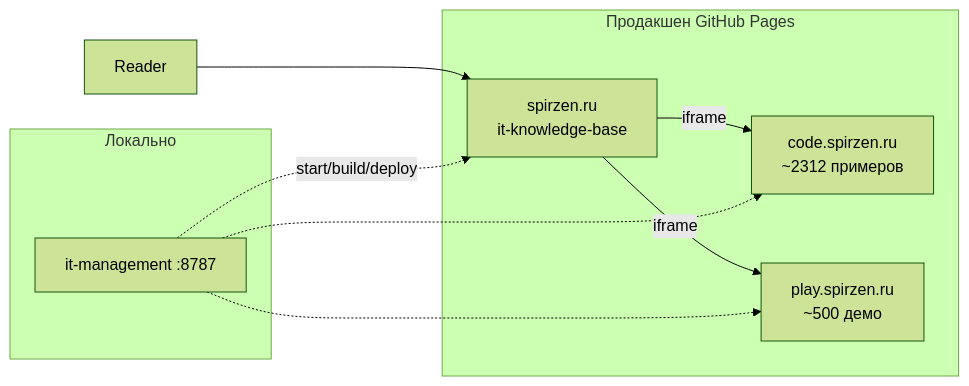
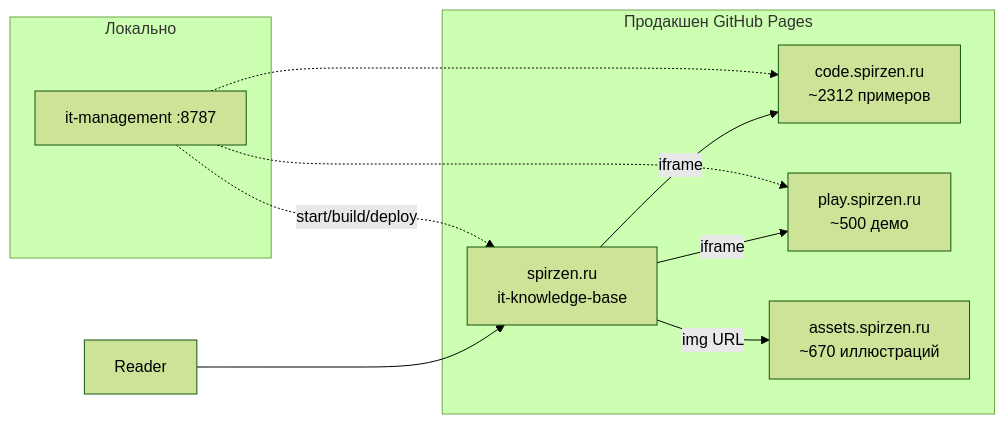
Before and after one commit to Spirzen/it-knowledge-base: diagram 12 of 13 in info/ARCHITECTURE.md, drawn with Mermaid (forest theme). The commit also changed other lines of this file and 890 other files, not shown here.

````diff
--- a/info/ARCHITECTURE.md
+++ b/info/ARCHITECTURE.md
@@ -578,19 +578,21 @@
 ```mermaid
 flowchart LR
   subgraph prod [Продакшен GitHub Pages]
     KB[spirzen.ru<br/>it-knowledge-base]
     CODE[code.spirzen.ru<br/>~2312 примеров]
     PLAY[play.spirzen.ru<br/>~500 демо]
+    MEDIA[assets.spirzen.ru<br/>~670 иллюстраций]
   end
 
   subgraph local [Локально]
     MGMT[it-management :8787]
   end
 
   Reader --> KB
   KB -->|iframe| CODE
   KB -->|iframe| PLAY
+  KB -->|img URL| MEDIA
   MGMT -.->|start/build/deploy| KB
   MGMT -.-> CODE
   MGMT -.-> PLAY
 ```
````
